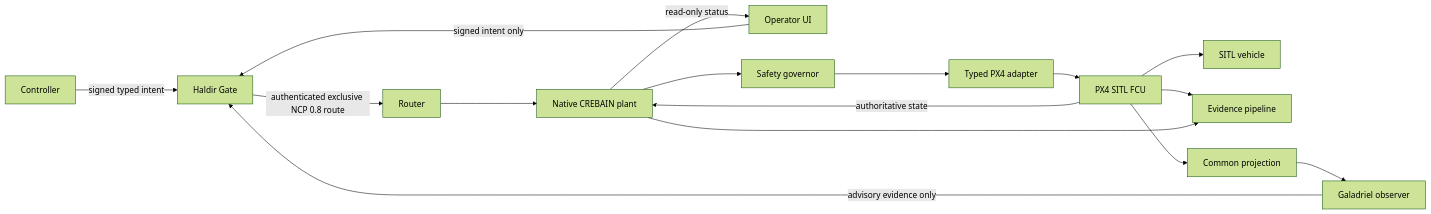
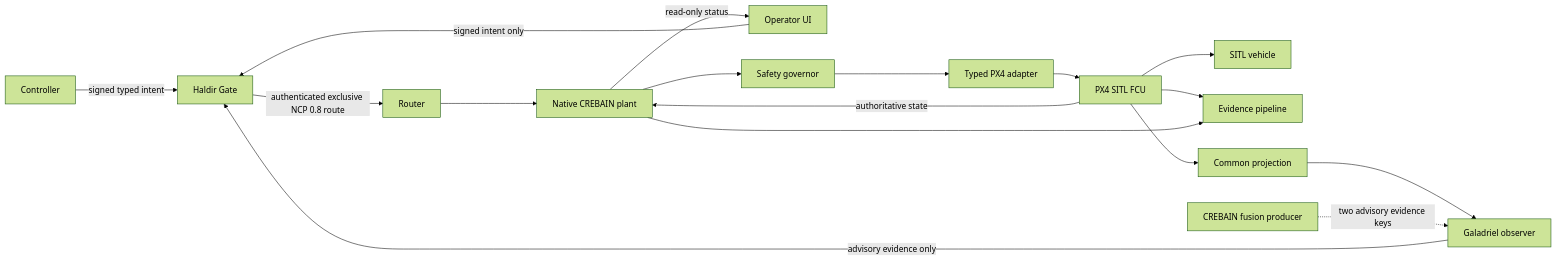
One commit to sepahead/crebain changed the diagram in docs/SYSTEM_CONTEXT.md. Above: the diagram before and after it, drawn with Mermaid (forest theme). The commit also changed other lines of this file and 46 other files, not shown here.

First line of the commit message:
feat(galadriel): ship bounded evidence producer (#30)

````diff
--- a/docs/SYSTEM_CONTEXT.md
+++ b/docs/SYSTEM_CONTEXT.md
@@ -43,18 +47,19 @@
 ```mermaid
 flowchart LR
   C[Controller] -->|signed typed intent| H[Haldir Gate]
   O[Operator UI] -->|signed intent only| H
   H -->|authenticated exclusive NCP 0.8 route| R[Router]
   R --> P[Native CREBAIN plant]
   P --> G[Safety governor]
   G --> A[Typed PX4 adapter]
   A --> F[PX4 SITL FCU]
   F --> V[SITL vehicle]
   F -->|authoritative state| P
   F --> E[Evidence pipeline]
   P --> E
   F --> CP[Common projection]
   CP --> GA[Galadriel observer]
+  FP[CREBAIN fusion producer] -.->|two advisory evidence keys| GA
   GA -->|advisory evidence only| H
   P -->|read-only status| O
 ```
````
